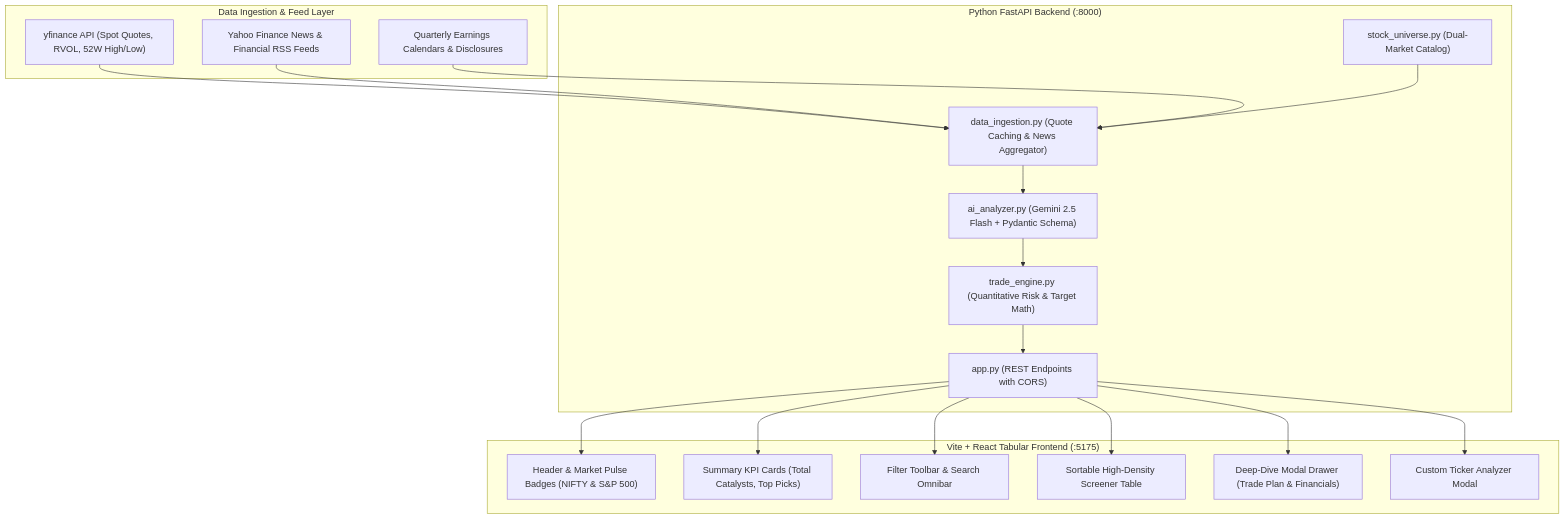
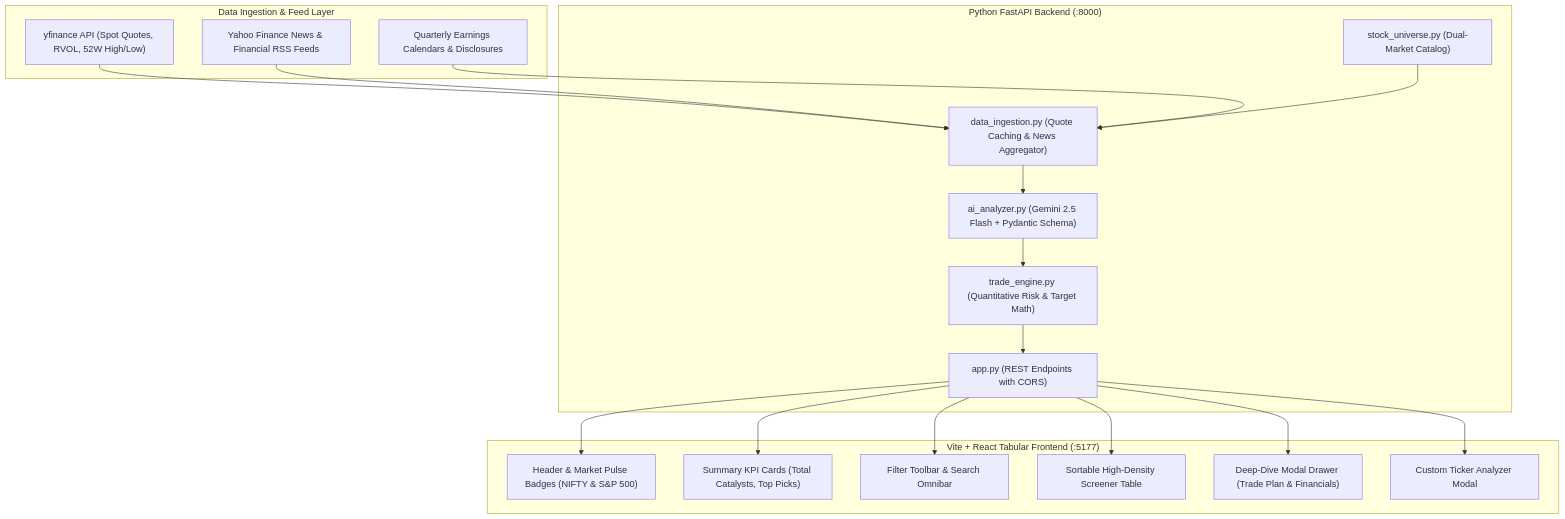
The diagram in Stock Catalyst Screener/README.md (amitgupta2005/AntiGravity), drawn with Mermaid before and after one commit. The commit also changed other lines of this file and 2 other files, not shown here.

Commit message:
config: update frontend port from 5175 to 5177

````diff
--- a/Stock Catalyst Screener/README.md
+++ b/Stock Catalyst Screener/README.md
@@ -50,39 +50,39 @@
 ```mermaid
 graph TD
     subgraph Data_Layer["Data Ingestion & Feed Layer"]
         D1["yfinance API (Spot Quotes, RVOL, 52W High/Low)"]
         D2["Yahoo Finance News & Financial RSS Feeds"]
         D3["Quarterly Earnings Calendars & Disclosures"]
     end
 
     subgraph Backend_Layer["Python FastAPI Backend (:8000)"]
         B1["stock_universe.py (Dual-Market Catalog)"]
         B2["data_ingestion.py (Quote Caching & News Aggregator)"]
         B3["ai_analyzer.py (Gemini 2.5 Flash + Pydantic Schema)"]
         B4["trade_engine.py (Quantitative Risk & Target Math)"]
         B5["app.py (REST Endpoints with CORS)"]
     end
 
-    subgraph Frontend_Layer["Vite + React Tabular Frontend (:5175)"]
+    subgraph Frontend_Layer["Vite + React Tabular Frontend (:5177)"]
         F1["Header & Market Pulse Badges (NIFTY & S&P 500)"]
         F2["Summary KPI Cards (Total Catalysts, Top Picks)"]
         F3["Filter Toolbar & Search Omnibar"]
         F4["Sortable High-Density Screener Table"]
         F5["Deep-Dive Modal Drawer (Trade Plan & Financials)"]
         F6["Custom Ticker Analyzer Modal"]
     end
 
     D1 --> B2
     D2 --> B2
     D3 --> B2
     B1 --> B2
     B2 --> B3
     B3 --> B4
     B4 --> B5
     B5 --> F1
     B5 --> F2
     B5 --> F3
     B5 --> F4
     B5 --> F5
     B5 --> F6
 ```
````
